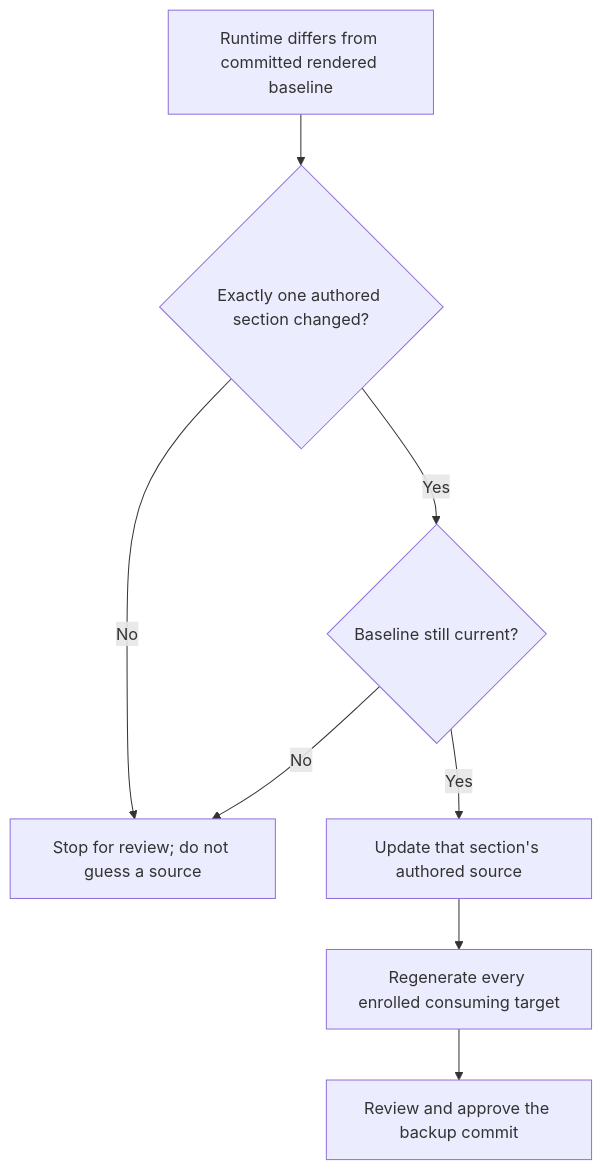
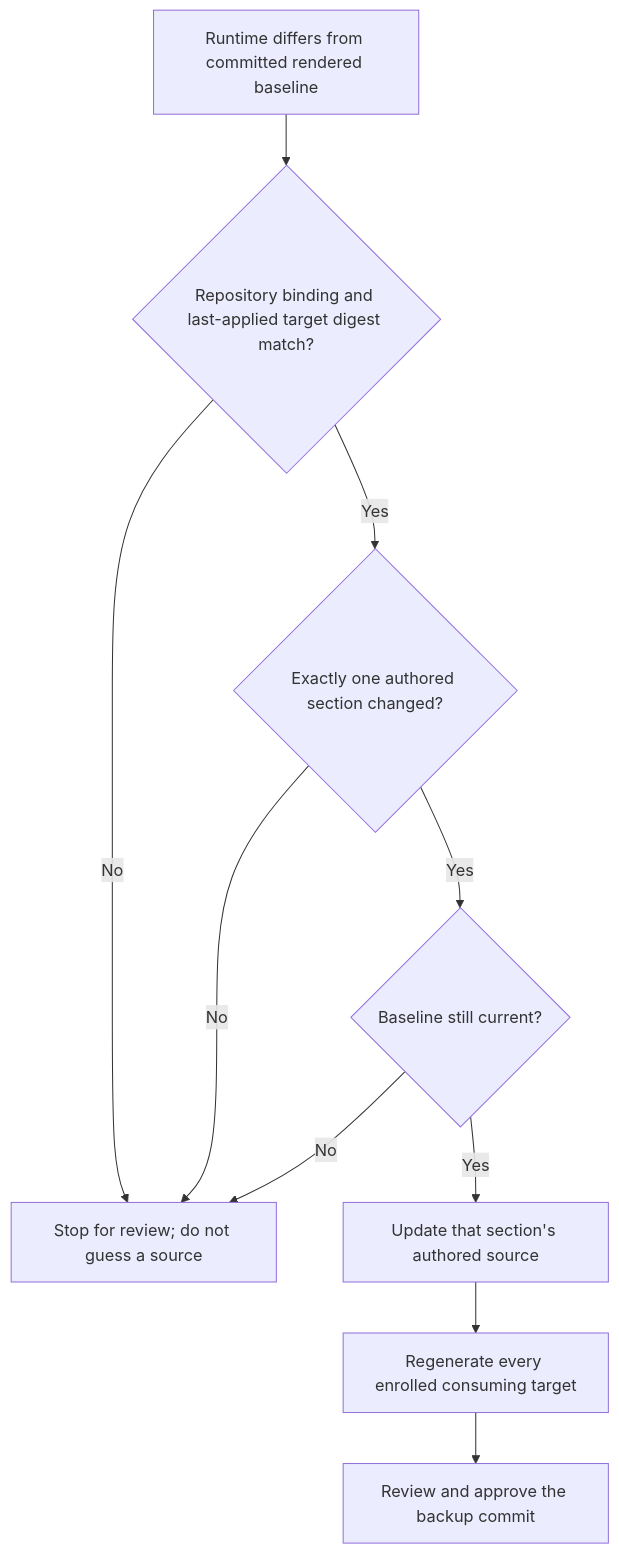
One commit to ferrywlto/ai-env-as-code changed the eighth of 9 diagrams in docs/shared-instructions-design.md. Above: the diagram before and after it, drawn with Mermaid. The commit also changed other lines of this file and 5 other files, not shown here.

Commit message:
Stamp Codex portable blocks with target digest

````diff
--- a/docs/shared-instructions-design.md
+++ b/docs/shared-instructions-design.md
@@ -245,10 +245,12 @@
 ```mermaid
 flowchart TD
-    Drift[Runtime differs from committed rendered baseline] --> Check{Exactly one authored section changed?}
+    Drift[Runtime differs from committed rendered baseline] --> Bound{Repository binding and last-applied target digest match?}
+    Bound -->|No| Stop[Stop for review; do not guess a source]
+    Bound -->|Yes| Check{Exactly one authored section changed?}
     Check -->|No| Stop[Stop for review; do not guess a source]
     Check -->|Yes| Fresh{Baseline still current?}
     Fresh -->|No| Stop
     Fresh -->|Yes| Source[Update that section's authored source]
     Source --> Render[Regenerate every enrolled consuming target]
     Render --> Commit[Review and approve the backup commit]
 ```
````
